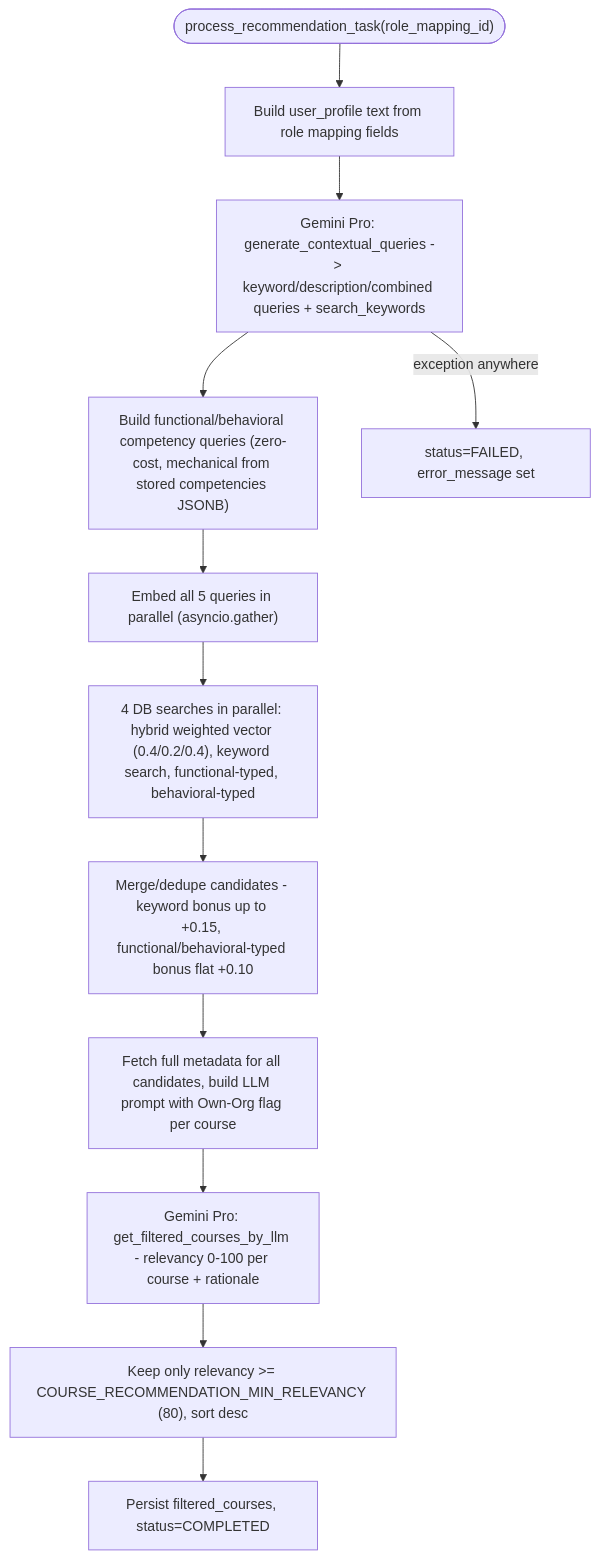
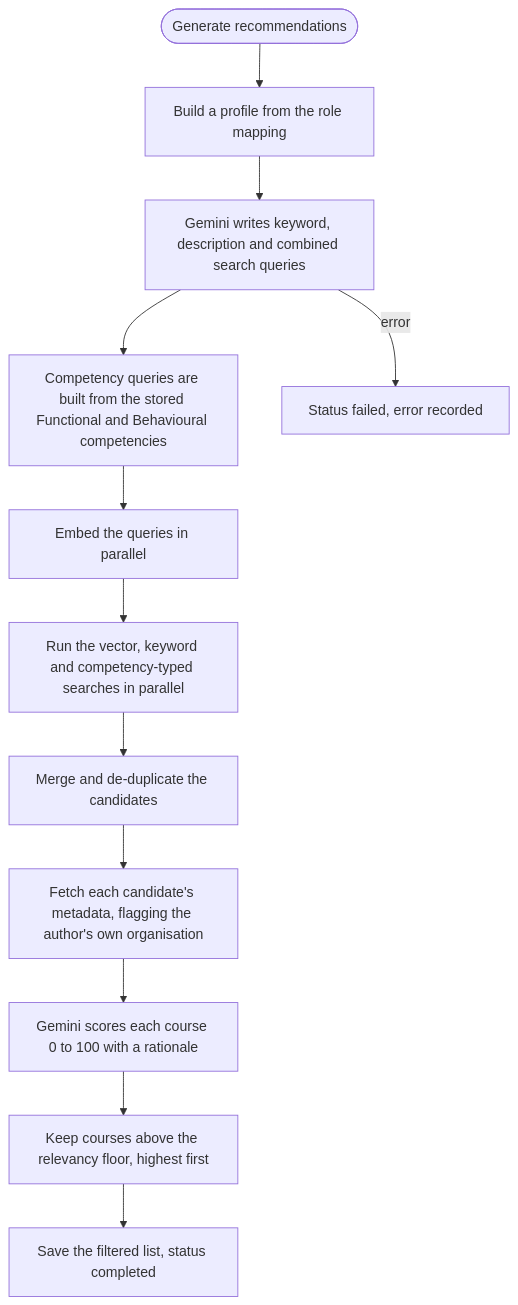
The fourth of 12 diagrams in docs/learning-hub/ai-cbp-tool/lld.md (KB-iGOT/igot-docs), drawn with Mermaid before and after one commit. The commit also changed other lines of this file and 18 other files, not shown here.

First line of the commit message:
docs(ai-cbp-tool): restructure the LLD with validation flows and real routes

````diff
--- a/docs/learning-hub/ai-cbp-tool/lld.md
+++ b/docs/learning-hub/ai-cbp-tool/lld.md
@@ -151,14 +550,14 @@
 ```mermaid
 flowchart TD
-    Start(["process_recommendation_task(role_mapping_id)"]) --> Ctx["Build user_profile text from role mapping fields"]
-    Ctx --> Q1["Gemini Pro: generate_contextual_queries -> keyword/description/combined queries + search_keywords"]
-    Q1 --> Q2["Build functional/behavioral competency queries (zero-cost, mechanical from stored competencies JSONB)"]
-    Q2 --> Embed["Embed all 5 queries in parallel (asyncio.gather)"]
-    Embed --> Search["4 DB searches in parallel: hybrid weighted vector (0.4/0.2/0.4), keyword search, functional-typed, behavioral-typed"]
-    Search --> Merge["Merge/dedupe candidates - keyword bonus up to +0.15, functional/behavioral-typed bonus flat +0.10"]
-    Merge --> Meta["Fetch full metadata for all candidates, build LLM prompt with Own-Org flag per course"]
-    Meta --> LLM["Gemini Pro: get_filtered_courses_by_llm - relevancy 0-100 per course + rationale"]
-    LLM --> Filter["Keep only relevancy >= COURSE_RECOMMENDATION_MIN_RELEVANCY (80), sort desc"]
-    Filter --> Persist["Persist filtered_courses, status=COMPLETED"]
-    Q1 -->|exception anywhere| FailC["status=FAILED, error_message set"]
+    Start(["Generate recommendations"]) --> Ctx["Build a profile from the role mapping"]
+    Ctx --> Q1["Gemini writes keyword, description and combined search queries"]
+    Q1 --> Q2["Competency queries are built from the stored Functional and Behavioural competencies"]
+    Q2 --> Embed["Embed the queries in parallel"]
+    Embed --> Search["Run the vector, keyword and competency-typed searches in parallel"]
+    Search --> Merge["Merge and de-duplicate the candidates"]
+    Merge --> Meta["Fetch each candidate's metadata, flagging the author's own organisation"]
+    Meta --> LLM["Gemini scores each course 0 to 100 with a rationale"]
+    LLM --> Filter["Keep courses above the relevancy floor, highest first"]
+    Filter --> Persist["Save the filtered list, status completed"]
+    Q1 -->|error| FailC["Status failed, error recorded"]
 ```
````
